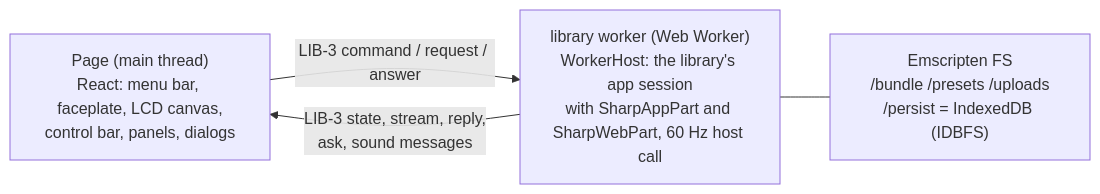
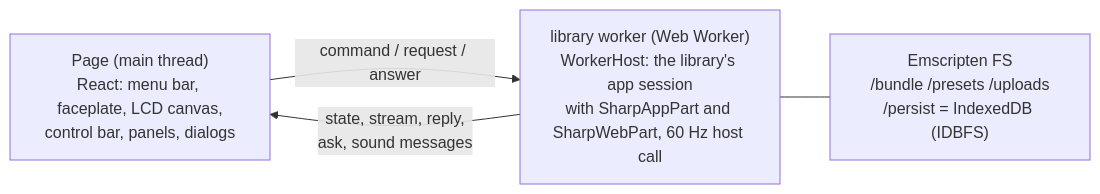
One commit to tinue/calc-u changed the diagram in products/calc-u-1600/docs/developer/Web-Client.md. Above: the diagram before and after it, drawn with Mermaid. The commit also changed other lines of this file and 80 other files, not shown here.

````diff
--- a/products/calc-u-1600/docs/developer/Web-Client.md
+++ b/products/calc-u-1600/docs/developer/Web-Client.md
@@ -21,9 +21,9 @@
 ```mermaid
 flowchart LR
     Page["Page (main thread)<br/>React: menu bar, faceplate, LCD canvas,<br/>control bar, panels, dialogs"]
     Worker["library worker (Web Worker)<br/>WorkerHost: the library's app session<br/>with SharpAppPart and SharpWebPart, 60 Hz host call"]
     FS["Emscripten FS<br/>/bundle /presets /uploads<br/>/persist = IndexedDB (IDBFS)"]
-    Page -- "LIB-3 command / request / answer" --> Worker
-    Worker -- "LIB-3 state, stream, reply,<br/>ask, sound messages" --> Page
+    Page -- "command / request / answer" --> Worker
+    Worker -- "state, stream, reply,<br/>ask, sound messages" --> Page
     Worker --- FS
 ```
````
